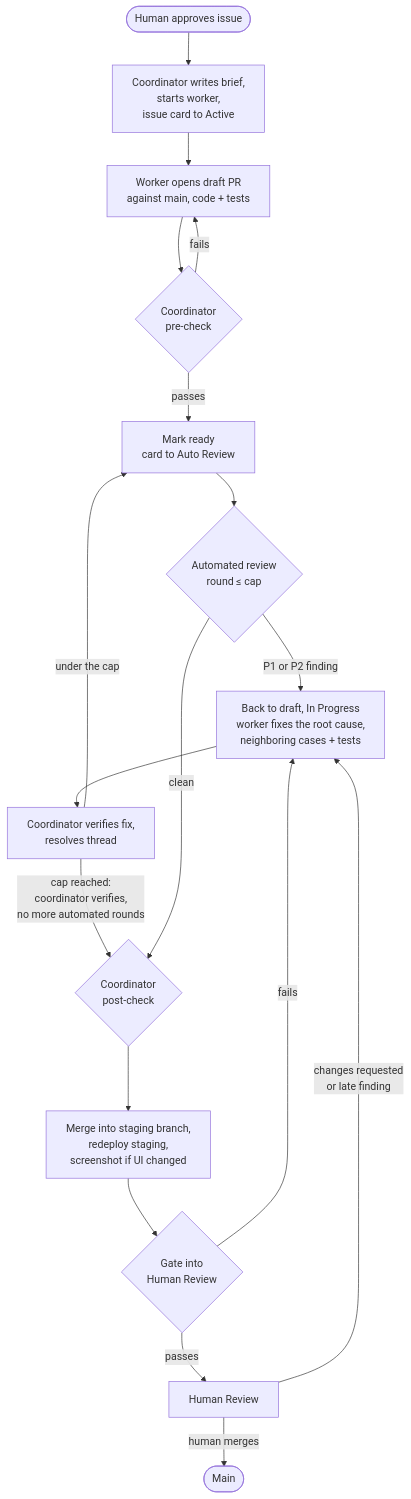
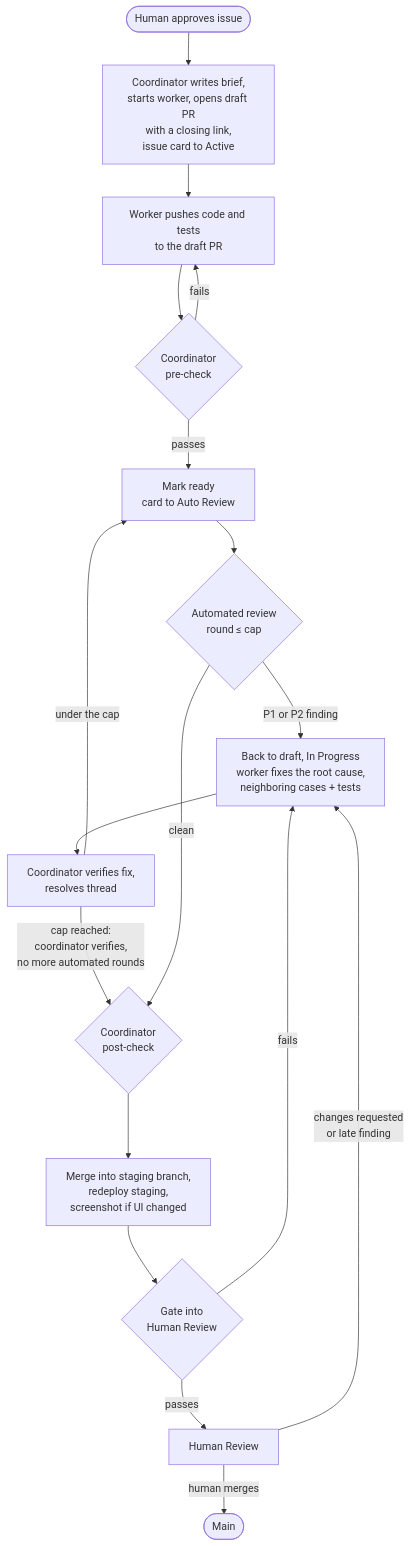
Before and after one commit to tangentcode/methodology: the diagram in diagrams-src/loop.mmd, drawn with Mermaid. The commit also changed 9 other files, not shown here.

First line of the commit message:
Board: Active requires a swarm assignment and a real link

```diff
--- a/diagrams-src/loop.mmd
+++ b/diagrams-src/loop.mmd
@@ -1,18 +1,18 @@
 flowchart TD
-    A([Human approves issue]) --> B[Coordinator writes brief,<br/>starts worker,<br/>issue card to Active]
-    B --> C[Worker opens draft PR<br/>against main, code + tests]
+    A([Human approves issue]) --> B[Coordinator writes brief,<br/>starts worker, opens draft PR<br/>with a closing link,<br/>issue card to Active]
+    B --> C[Worker pushes code and tests<br/>to the draft PR]
     C --> D{Coordinator<br/>pre-check}
     D -->|fails| C
     D -->|passes| E[Mark ready<br/>card to Auto Review]
     E --> F{Automated review<br/>round ≤ cap}
     F -->|P1 or P2 finding| G[Back to draft, In Progress<br/>worker fixes the root cause,<br/>neighboring cases + tests]
     G --> H[Coordinator verifies fix,<br/>resolves thread]
     H -->|under the cap| E
     H -->|cap reached:<br/>coordinator verifies,<br/>no more automated rounds| I
     F -->|clean| I{Coordinator<br/>post-check}
     I --> J[Merge into staging branch,<br/>redeploy staging,<br/>screenshot if UI changed]
     J --> K{Gate into<br/>Human Review}
     K -->|passes| L[Human Review]
     K -->|fails| G
     L -->|changes requested<br/>or late finding| G
     L -->|human merges| M([Main])
```
